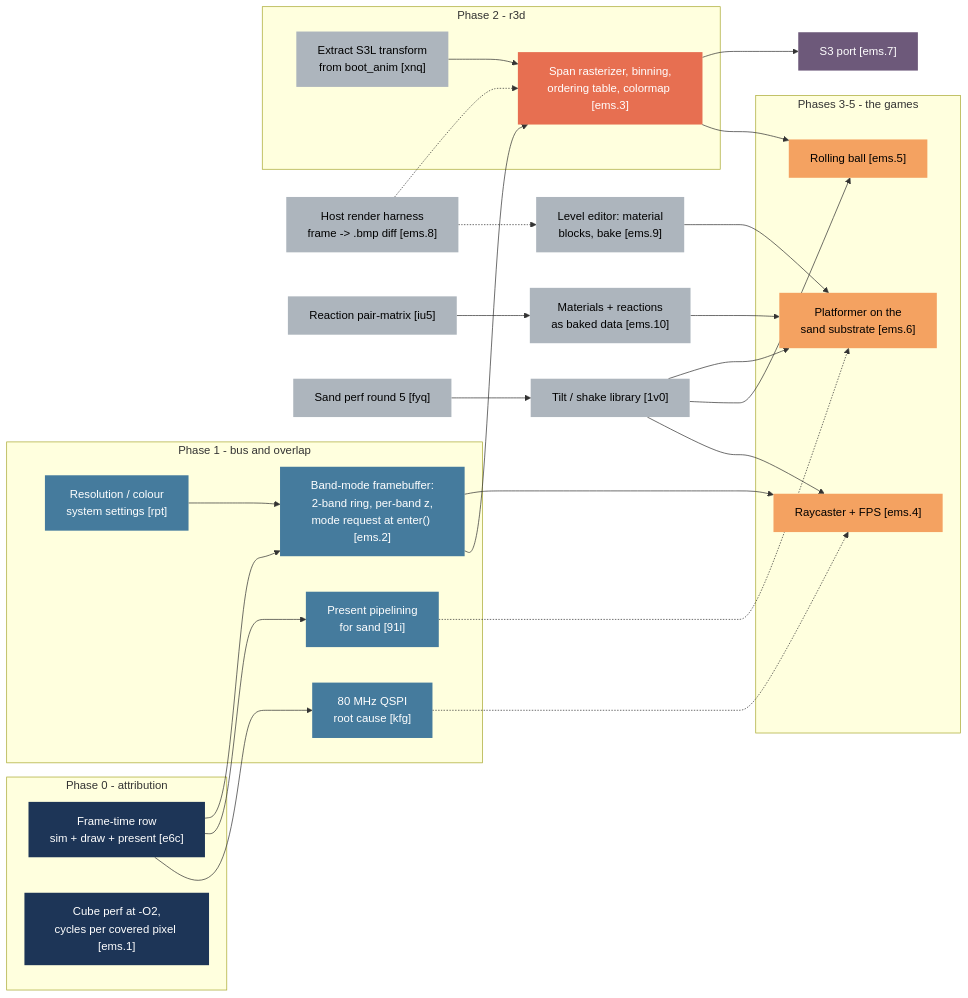
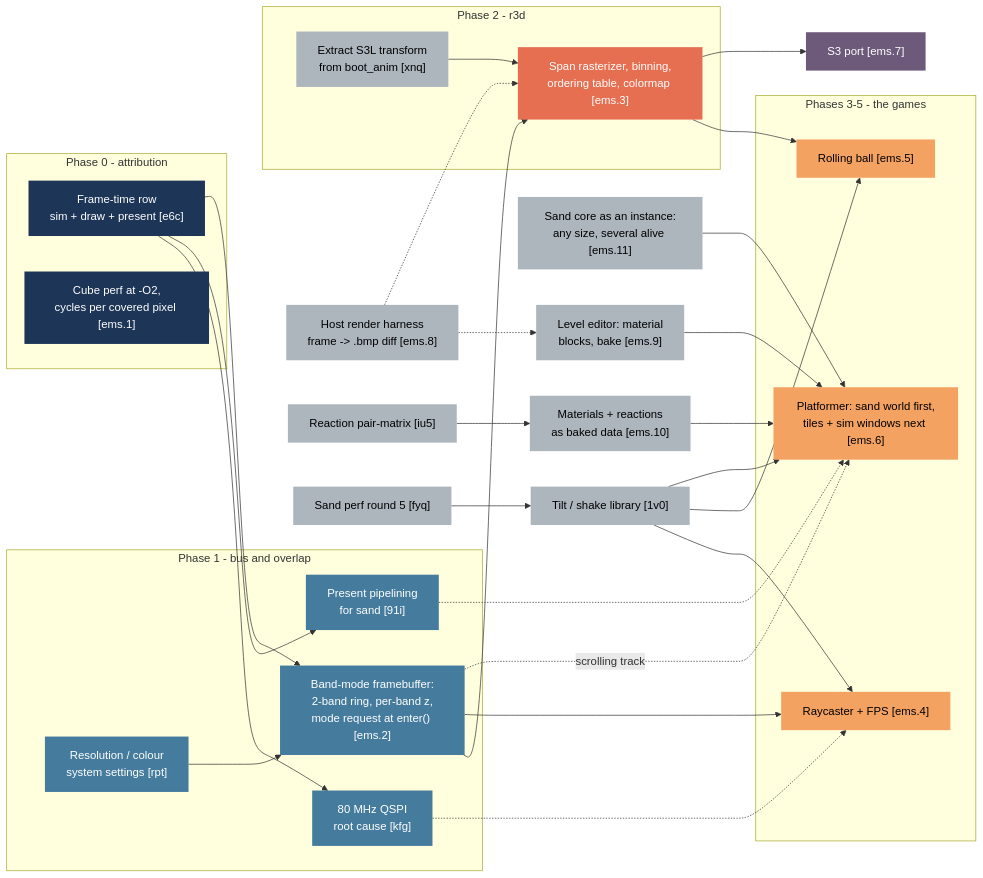
Before and after one commit to jose-villegas/esp32-c6-dev: the first of 2 diagrams in docs/Autana-Rendering-Roadmap.md, drawn with Mermaid. The commit also changed other lines of this file, not shown here.

First line of the commit message:
Keep both platformer world models, and add the mix

````diff
--- a/docs/Autana-Rendering-Roadmap.md
+++ b/docs/Autana-Rendering-Roadmap.md
@@ -29,58 +29,61 @@
 ```mermaid
 flowchart LR
   classDef done fill:#2d6a4f,color:#fff,stroke:none
   classDef p0 fill:#1d3557,color:#fff,stroke:none
   classDef p1 fill:#457b9d,color:#fff,stroke:none
   classDef p2 fill:#e76f51,color:#fff,stroke:none
   classDef game fill:#f4a261,color:#000,stroke:none
   classDef port fill:#6d597a,color:#fff,stroke:none
   classDef side fill:#adb5bd,color:#000,stroke:none
 
   subgraph P0["Phase 0 - attribution"]
     e6c["Frame-time row<br/>sim + draw + present [e6c]"]:::p0
     ems1["Cube perf at -O2,<br/>cycles per covered pixel [ems.1]"]:::p0
   end
   subgraph P1["Phase 1 - bus and overlap"]
     kfg["80 MHz QSPI<br/>root cause [kfg]"]:::p1
     i91["Present pipelining<br/>for sand [91i]"]:::p1
     ems2["Band-mode framebuffer:<br/>2-band ring, per-band z,<br/>mode request at enter() [ems.2]"]:::p1
     rpt["Resolution / colour<br/>system settings [rpt]"]:::p1
   end
   subgraph P2["Phase 2 - r3d"]
     xnq["Extract S3L transform<br/>from boot_anim [xnq]"]:::side
     ems3["Span rasterizer, binning,<br/>ordering table, colormap [ems.3]"]:::p2
   end
   subgraph G["Phases 3-5 - the games"]
     ems4["Raycaster + FPS [ems.4]"]:::game
     ems5["Rolling ball [ems.5]"]:::game
-    ems6["Platformer on the<br/>sand substrate [ems.6]"]:::game
+    ems6["Platformer: sand world first,<br/>tiles + sim windows next [ems.6]"]:::game
   end
   ems7["S3 port [ems.7]"]:::port
   ems8["Host render harness<br/>frame -> .bmp diff [ems.8]"]:::side
   ems9["Level editor: material<br/>blocks, bake [ems.9]"]:::side
   ems10["Materials + reactions<br/>as baked data [ems.10]"]:::side
+  ems11["Sand core as an instance:<br/>any size, several alive [ems.11]"]:::side
   iu5["Reaction pair-matrix [iu5]"]:::side
   v10["Tilt / shake library [1v0]"]:::side
   fyq["Sand perf round 5 [fyq]"]:::side
 
   e6c --> kfg
   e6c --> i91
   e6c --> ems2
   rpt --> ems2
   ems2 --> ems3
   xnq --> ems3
   ems2 --> ems4
   v10 --> ems4
   ems3 --> ems5
   v10 --> ems5
   ems9 --> ems6
   ems10 --> ems6
+  ems11 --> ems6
   v10 --> ems6
   iu5 --> ems10
+  ems2 -.->|scrolling track| ems6
   ems3 --> ems7
   fyq --> v10
   ems8 -.-> ems3
   ems8 -.-> ems9
   kfg -.-> ems4
   i91 -.-> ems6
 ```
````
